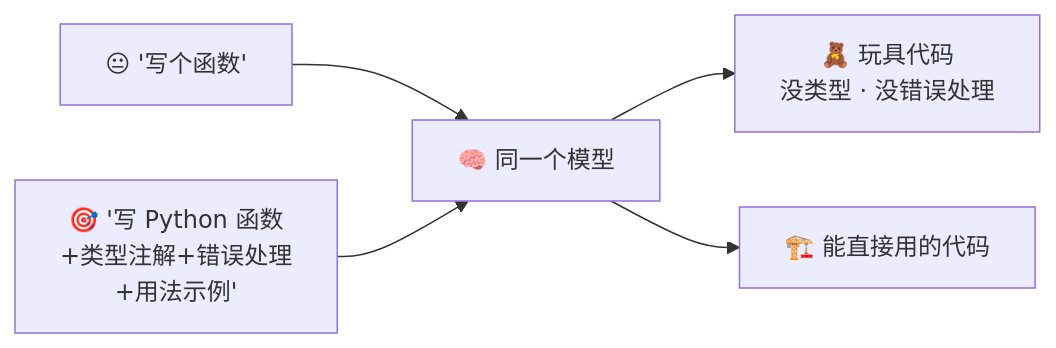
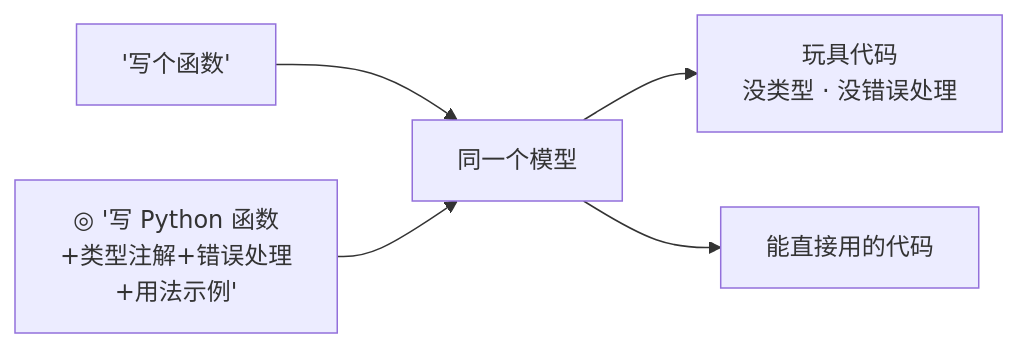
Before and after one commit to luckykhy/KhyAiHub: the fifth of 6 diagrams in docs/02_CONCEPTS_概念入门/CONCEPT/[CONCEPT-07] 什么是Prompt-提示词.md, drawn with Mermaid. The commit also changed other lines of this file and 19 other files, not shown here.

````diff
--- a/docs/02_CONCEPTS_概念入门/CONCEPT/[CONCEPT-07] 什么是Prompt-提示词.md
+++ b/docs/02_CONCEPTS_概念入门/CONCEPT/[CONCEPT-07] 什么是Prompt-提示词.md
@@ -209,6 +209,6 @@
 ```mermaid
 flowchart LR
-  M["🧠 同一个模型"]
-  P1["😐 '写个函数'"] --> M --> R1["🧸 玩具代码<br/>没类型 · 没错误处理"]
-  P2["🎯 '写 Python 函数<br/>+类型注解+错误处理<br/>+用法示例'"] --> M --> R2["🏗️ 能直接用的代码"]
+  M["同一个模型"]
+  P1["'写个函数'"] --> M --> R1["玩具代码<br/>没类型 · 没错误处理"]
+  P2["◎ '写 Python 函数<br/>+类型注解+错误处理<br/>+用法示例'"] --> M --> R2["能直接用的代码"]
 ```
````
